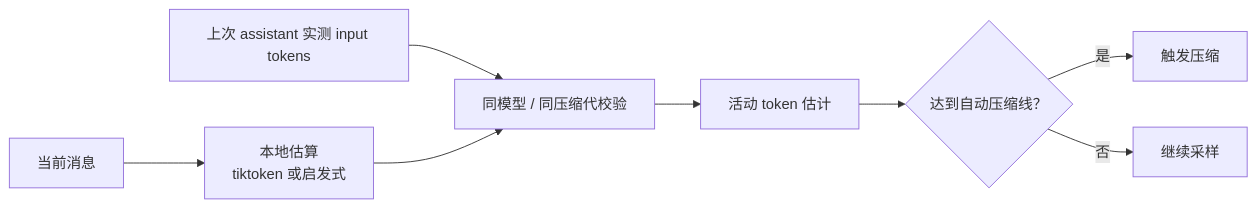
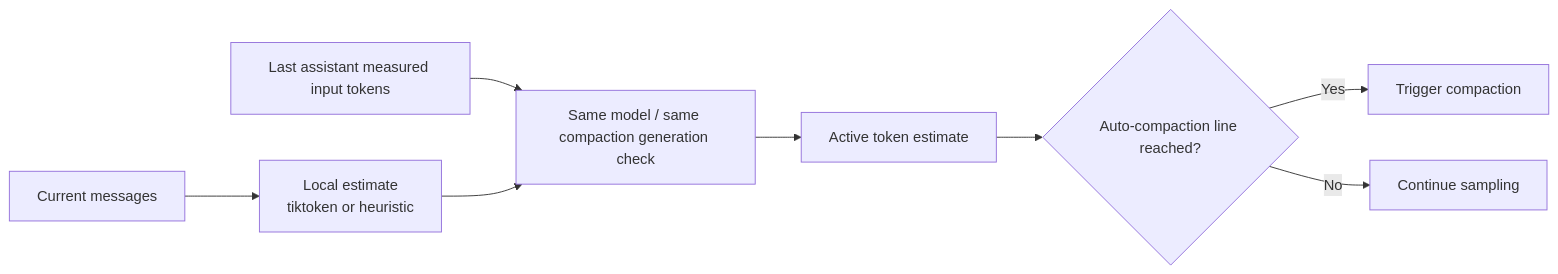
Before and after one commit to Azzurroooo/rind: the diagram in docs/internals/02-context/context-budget.md, drawn with Mermaid. The commit also changed other lines of this file and 109 other files, not shown here.

```diff
--- a/docs/internals/02-context/context-budget.md
+++ b/docs/internals/02-context/context-budget.md
@@ -5,10 +7,10 @@
 ~~~mermaid
 flowchart LR
-    MSG["当前消息"] --> EST["本地估算<br/>tiktoken 或启发式"]
-    USAGE["上次 assistant 实测 input tokens"] --> ANCHOR["同模型 / 同压缩代校验"]
+    MSG["Current messages"] --> EST["Local estimate<br/>tiktoken or heuristic"]
+    USAGE["Last assistant measured input tokens"] --> ANCHOR["Same model / same compaction generation check"]
     EST --> ANCHOR
-    ANCHOR --> ACTIVE["活动 token 估计"]
-    ACTIVE --> LIMIT{"达到自动压缩线？"}
-    LIMIT -->|"是"| COMPACT["触发压缩"]
-    LIMIT -->|"否"| SAMPLE["继续采样"]
+    ANCHOR --> ACTIVE["Active token estimate"]
+    ACTIVE --> LIMIT{"Auto-compaction line reached?"}
+    LIMIT -->|"Yes"| COMPACT["Trigger compaction"]
+    LIMIT -->|"No"| SAMPLE["Continue sampling"]
 ~~~
```
